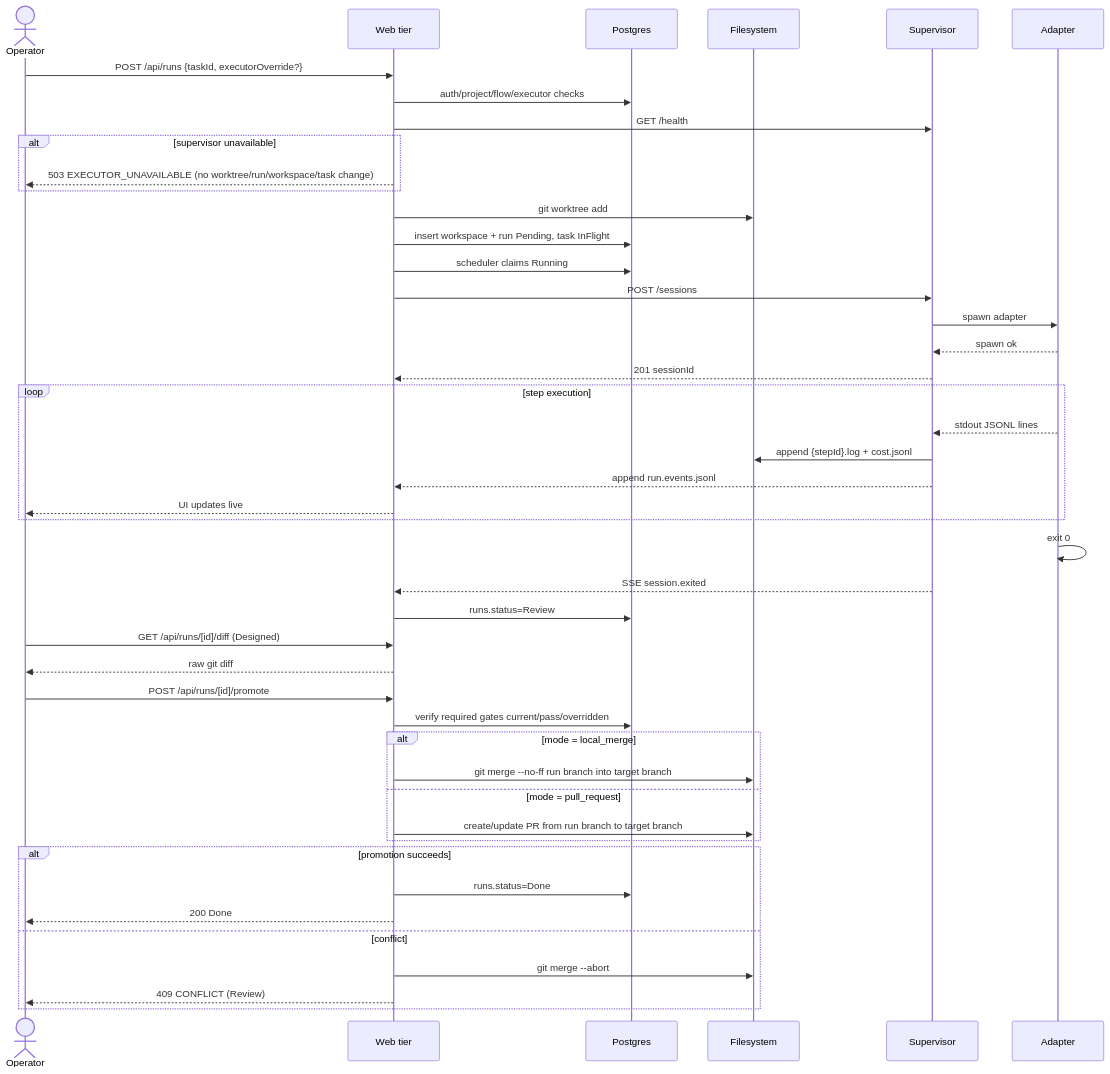
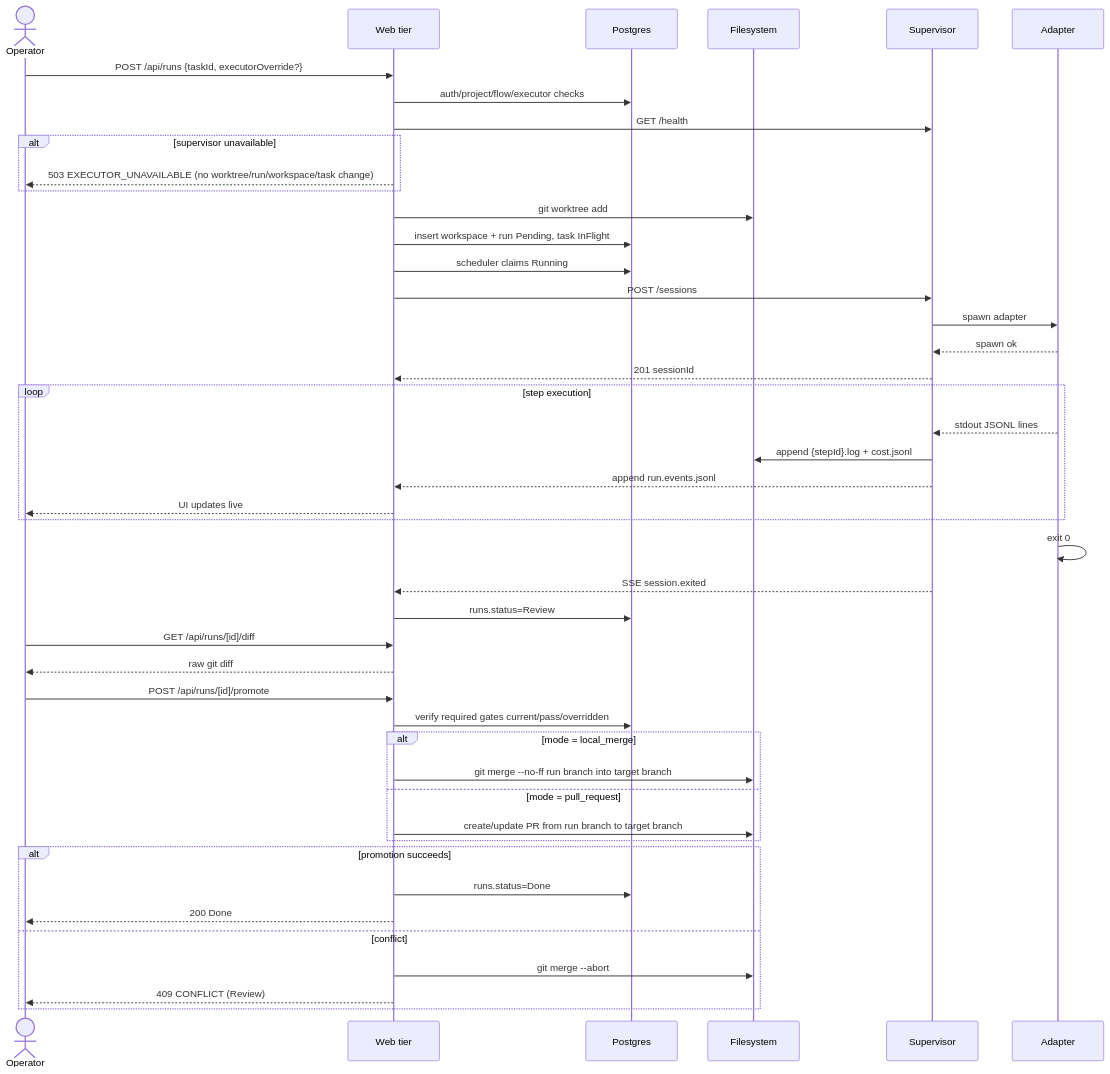
The second of 4 diagrams in docs/system-analytics/runs.md (maister-dev/maister), drawn with Mermaid before and after one commit. The commit also changed other lines of this file and 124 other files, not shown here.

````diff
--- a/docs/system-analytics/runs.md
+++ b/docs/system-analytics/runs.md
@@ -120,48 +120,48 @@
 ```mermaid
 sequenceDiagram
     actor U as Operator
     participant W as Web tier
     participant DB as Postgres
     participant FS as Filesystem
     participant SV as Supervisor
     participant A as Adapter
 
     U->>W: POST /api/runs {taskId, executorOverride?}
     W->>DB: auth/project/flow/executor checks
     W->>SV: GET /health
     alt supervisor unavailable
         W-->>U: 503 EXECUTOR_UNAVAILABLE (no worktree/run/workspace/task change)
     end
     W->>FS: git worktree add
     W->>DB: insert workspace + run Pending, task InFlight
     W->>DB: scheduler claims Running
     W->>SV: POST /sessions
     SV->>A: spawn adapter
     A-->>SV: spawn ok
     SV-->>W: 201 sessionId
     loop step execution
         A-->>SV: stdout JSONL lines
         SV->>FS: append {stepId}.log + cost.jsonl
         SV-->>W: append run.events.jsonl
         W-->>U: UI updates live
     end
     A->>A: exit 0
     SV-->>W: SSE session.exited
     W->>DB: runs.status=Review
-    U->>W: GET /api/runs/[id]/diff (Designed)
+    U->>W: GET /api/runs/[id]/diff
     W-->>U: raw git diff
     U->>W: POST /api/runs/[id]/promote
     W->>DB: verify required gates current/pass/overridden
     alt mode = local_merge
         W->>FS: git merge --no-ff run branch into target branch
     else mode = pull_request
         W->>FS: create/update PR from run branch to target branch
     end
     alt promotion succeeds
         W->>DB: runs.status=Done
         W-->>U: 200 Done
     else conflict
         W->>FS: git merge --abort
         W-->>U: 409 CONFLICT (Review)
     end
 ```
````
